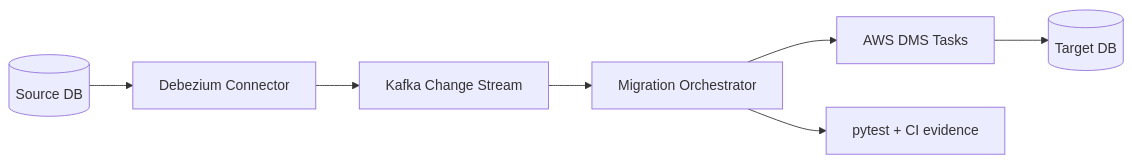
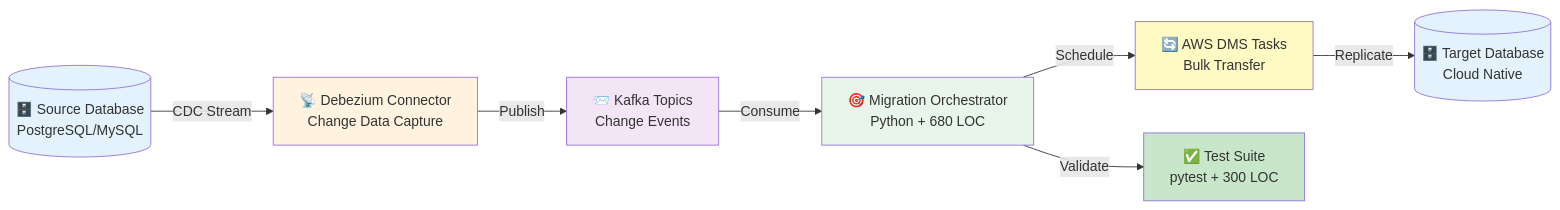
The third of 28 diagrams in README.md (samueljackson-collab/Samueljackson-collab), drawn with Mermaid before and after one commit. The commit also changed other lines of this file, not shown here.

Commit message:
Enhanced all diagrams with detailed labels, icons, and styling

````diff
--- a/README.md
+++ b/README.md
@@ -238,9 +245,17 @@
 ```mermaid
 flowchart LR
-  SrcDB[(Source DB)] --> Debezium[Debezium Connector]
-  Debezium --> Kafka[Kafka Change Stream]
-  Kafka --> Orchestrator[Migration Orchestrator]
-  Orchestrator --> DMS[AWS DMS Tasks]
-  DMS --> Target[(Target DB)]
-  Orchestrator --> Tests[pytest + CI evidence]
+  SrcDB[(🗄️ Source Database<br/>PostgreSQL/MySQL)] -->|CDC Stream| Debezium[📡 Debezium Connector<br/>Change Data Capture]
+  Debezium -->|Publish| Kafka[📨 Kafka Topics<br/>Change Events]
+  Kafka -->|Consume| Orchestrator[🎯 Migration Orchestrator<br/>Python + 680 LOC]
+  Orchestrator -->|Schedule| DMS[🔄 AWS DMS Tasks<br/>Bulk Transfer]
+  DMS -->|Replicate| Target[(🗄️ Target Database<br/>Cloud Native)]
+  Orchestrator -->|Validate| Tests[✅ Test Suite<br/>pytest + 300 LOC]
+  
+  style SrcDB fill:#e3f2fd
+  style Debezium fill:#fff3e0
+  style Kafka fill:#f3e5f5
+  style Orchestrator fill:#e8f5e9
+  style DMS fill:#fff9c4
+  style Target fill:#e3f2fd
+  style Tests fill:#c8e6c9
 ```
````
